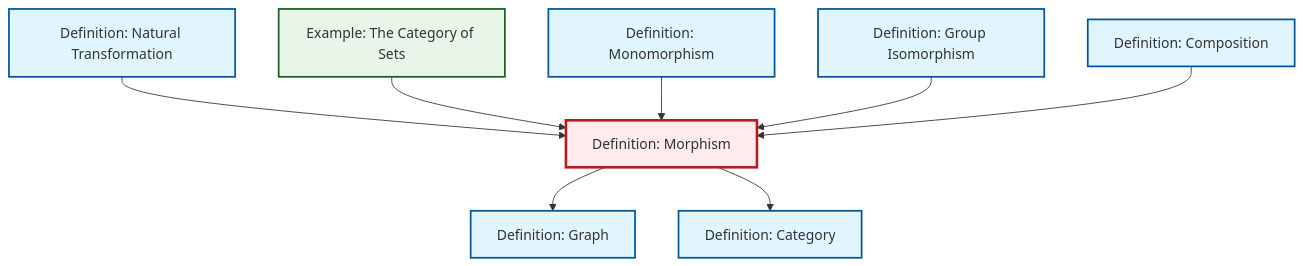
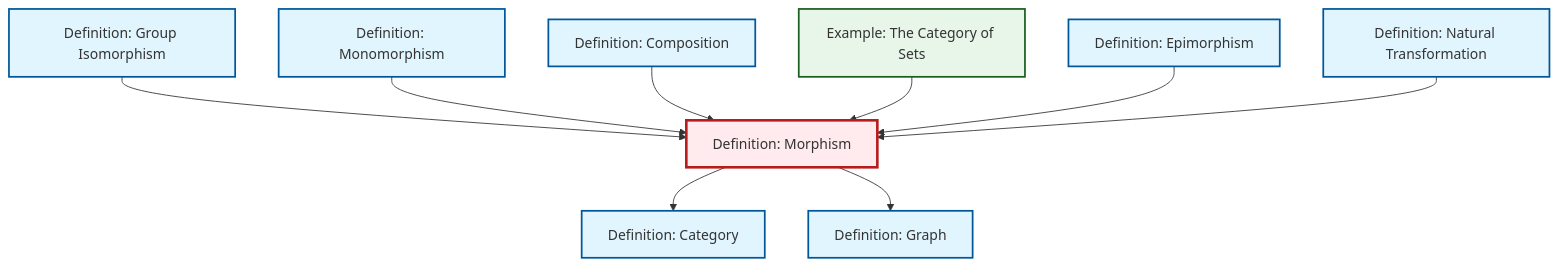
The diagram in content/ja/category-theory/def-morphism.qmd (RK0429/ModernMath), drawn with Mermaid before and after one commit. The commit also changed 597 other files, not shown here.

````diff
--- a/content/ja/category-theory/def-morphism.qmd
+++ b/content/ja/category-theory/def-morphism.qmd
@@ -57,32 +57,35 @@
 ```{mermaid}
 %%| fig-cap: "Local dependency graph"
 graph TD
     classDef definition fill:#e1f5fe,stroke:#01579b,stroke-width:2px
     classDef theorem fill:#f3e5f5,stroke:#4a148c,stroke-width:2px
     classDef axiom fill:#fff3e0,stroke:#e65100,stroke-width:2px
     classDef example fill:#e8f5e9,stroke:#1b5e20,stroke-width:2px
     classDef current fill:#ffebee,stroke:#b71c1c,stroke-width:3px
+    def-natural-transformation["Definition: Natural Transformation"]:::definition
+    def-epimorphism["Definition: Epimorphism"]:::definition
+    def-category["Definition: Category"]:::definition
+    def-isomorphism["Definition: Group Isomorphism"]:::definition
+    def-morphism["Definition: Morphism"]:::definition
+    def-monomorphism["Definition: Monomorphism"]:::definition
+    def-composition["Definition: Composition"]:::definition
+    def-graph["Definition: Graph"]:::definition
     ex-set-category["Example: The Category of Sets"]:::example
-    def-graph["Definition: Graph"]:::definition
-    def-morphism["Definition: Morphism"]:::definition
-    def-category["Definition: Category"]:::definition
-    def-monomorphism["Definition: Monomorphism"]:::definition
-    def-natural-transformation["Definition: Natural Transformation"]:::definition
-    def-isomorphism["Definition: Group Isomorphism"]:::definition
-    def-composition["Definition: Composition"]:::definition
+    def-isomorphism --> def-morphism
+    def-monomorphism --> def-morphism
+    def-composition --> def-morphism
+    def-morphism --> def-category
+    ex-set-category --> def-morphism
+    def-morphism --> def-graph
+    def-epimorphism --> def-morphism
     def-natural-transformation --> def-morphism
-    ex-set-category --> def-morphism
-    def-monomorphism --> def-morphism
-    def-morphism --> def-graph
-    def-isomorphism --> def-morphism
-    def-morphism --> def-category
-    def-composition --> def-morphism
     class def-morphism current
+    click def-natural-transformation "def-natural-transformation.html" "Definition: Natural Transformationへ"
+    click def-epimorphism "def-epimorphism.html" "Definition: Epimorphismへ"
+    click def-category "def-category.html" "Definition: Categoryへ"
+    click def-isomorphism "def-isomorphism.html" "Definition: Group Isomorphismへ"
+    click def-monomorphism "def-monomorphism.html" "Definition: Monomorphismへ"
+    click def-composition "def-composition.html" "Definition: Compositionへ"
+    click def-graph "def-graph.html" "Definition: Graphへ"
     click ex-set-category "ex-set-category.html" "Example: The Category of Setsへ"
-    click def-graph "def-graph.html" "Definition: Graphへ"
-    click def-category "def-category.html" "Definition: Categoryへ"
-    click def-monomorphism "def-monomorphism.html" "Definition: Monomorphismへ"
-    click def-natural-transformation "def-natural-transformation.html" "Definition: Natural Transformationへ"
-    click def-isomorphism "def-isomorphism.html" "Definition: Group Isomorphismへ"
-    click def-composition "def-composition.html" "Definition: Compositionへ"
 ```
````
